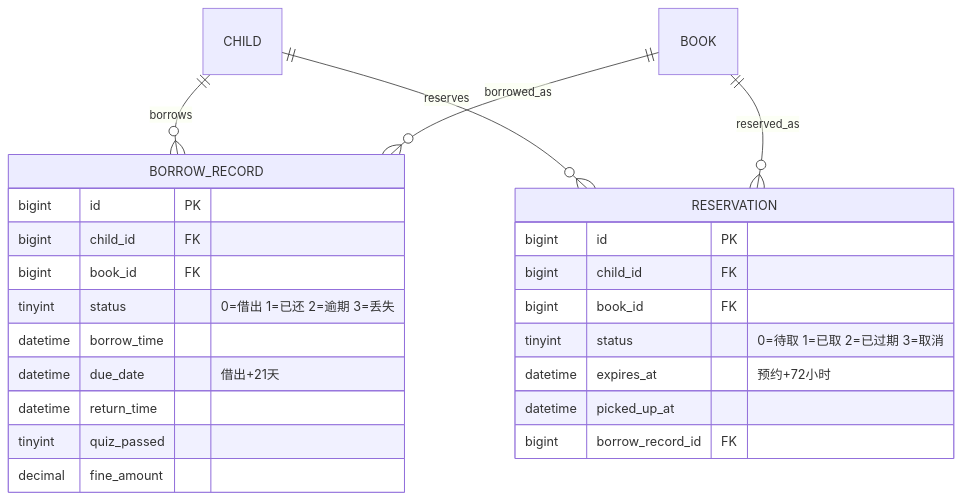
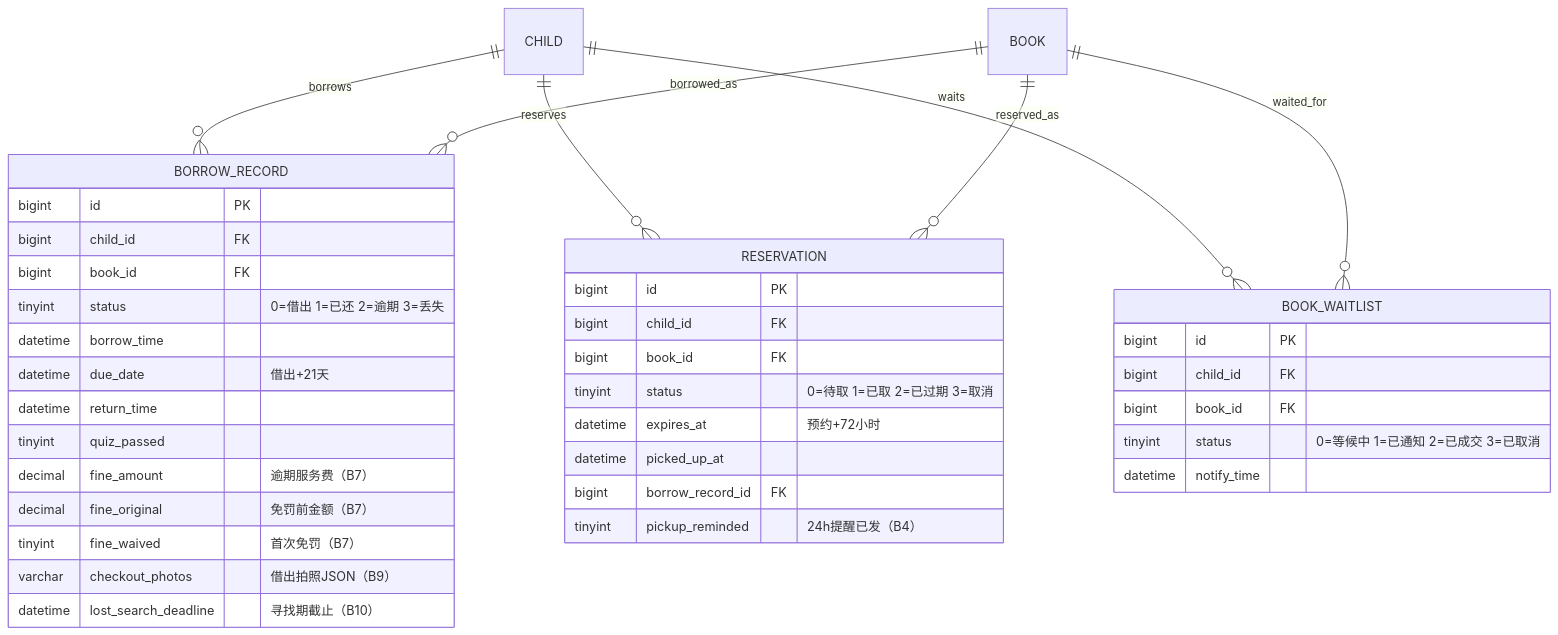
Before and after one commit to leechunwoo0815/librio: diagram 14 of 28 in PRD/UML-ER.md, drawn with Mermaid. The commit also changed other lines of this file and 11 other files, not shown here.

First line of the commit message:
docs: 决策批次14 — 全文档对齐（PRD V3.22/表结构 V3.16/配置清单 59 项/UML-ER/ARCHITECTURE/状态流转/终版报告）

````diff
--- a/PRD/UML-ER.md
+++ b/PRD/UML-ER.md
@@ -321,29 +327,44 @@
 ```mermaid
 erDiagram
     BORROW_RECORD {
         bigint id PK
         bigint child_id FK
         bigint book_id FK
         tinyint status "0=借出 1=已还 2=逾期 3=丢失"
         datetime borrow_time
         datetime due_date "借出+21天"
         datetime return_time
         tinyint quiz_passed
-        decimal fine_amount
+        decimal fine_amount "逾期服务费（B7）"
+        decimal fine_original "免罚前金额（B7）"
+        tinyint fine_waived "首次免罚（B7）"
+        varchar checkout_photos "借出拍照JSON（B9）"
+        datetime lost_search_deadline "寻找期截止（B10）"
     }
 
     RESERVATION {
         bigint id PK
         bigint child_id FK
         bigint book_id FK
         tinyint status "0=待取 1=已取 2=已过期 3=取消"
         datetime expires_at "预约+72小时"
         datetime picked_up_at
         bigint borrow_record_id FK
+        tinyint pickup_reminded "24h提醒已发（B4）"
+    }
+
+    BOOK_WAITLIST {
+        bigint id PK
+        bigint child_id FK
+        bigint book_id FK
+        tinyint status "0=等候中 1=已通知 2=已成交 3=已取消"
+        datetime notify_time
     }
 
     CHILD ||--o{ BORROW_RECORD : "borrows"
     CHILD ||--o{ RESERVATION : "reserves"
+    CHILD ||--o{ BOOK_WAITLIST : "waits"
     BOOK ||--o{ BORROW_RECORD : "borrowed_as"
     BOOK ||--o{ RESERVATION : "reserved_as"
+    BOOK ||--o{ BOOK_WAITLIST : "waited_for"
 ```
````
